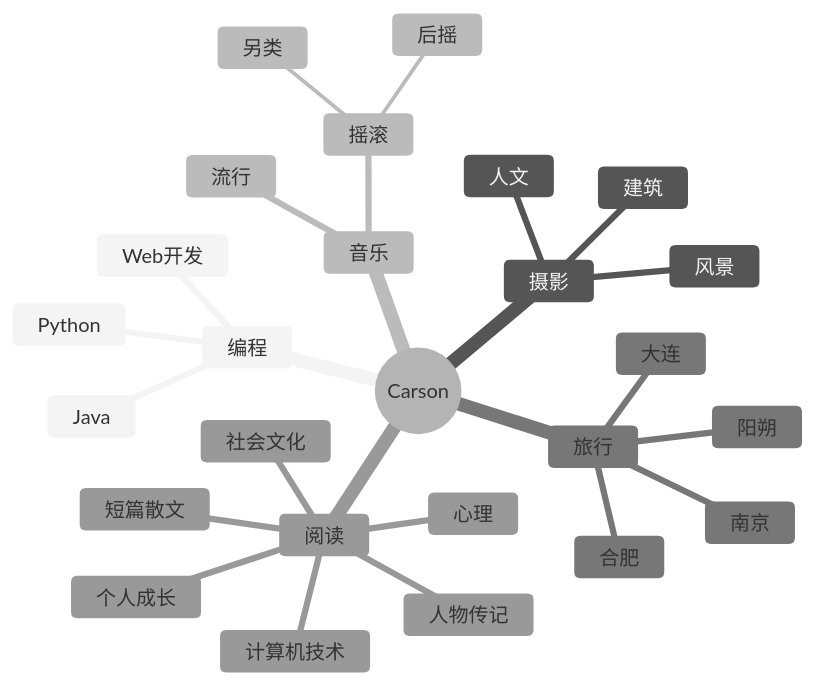
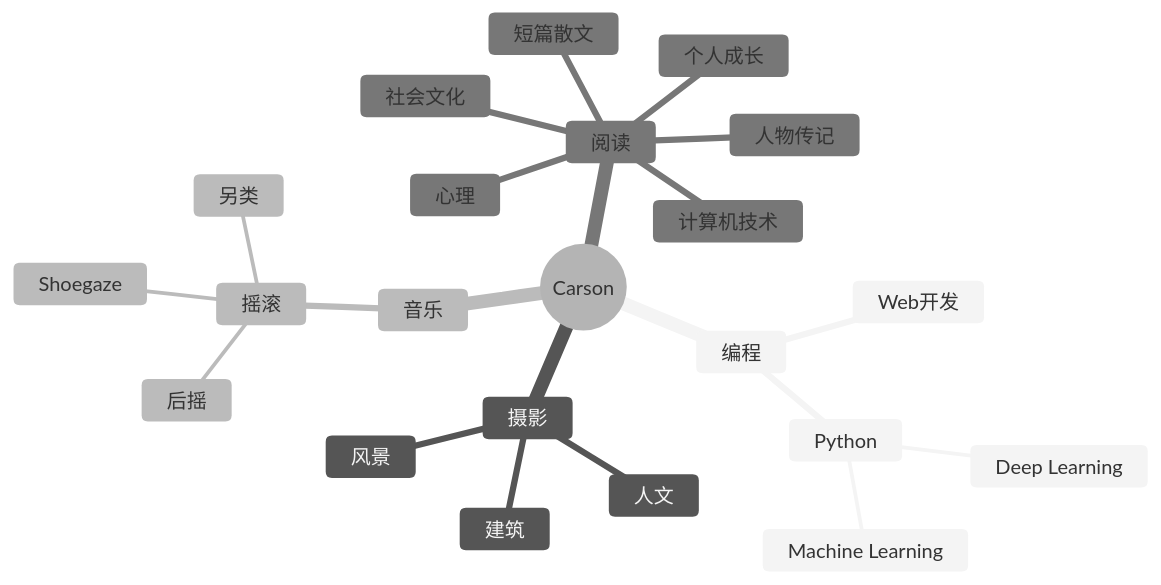
The diagram in README.md (CarsonLLuo/CarsonLLuo), drawn with Mermaid (neutral theme) before and after one commit.

````diff
--- a/README.md
+++ b/README.md
@@ -69,29 +69,25 @@
 ```mermaid
 mindmap
   root((Carson))
     编程
       Web开发
-      Java
       Python
+        Deep Learning
+        Machine Learning
     摄影
       人文
       建筑
       风景
     音乐
       摇滚
         后摇
         另类
-      流行
-    旅行
-      大连
-      南京
-      合肥
-      阳朔
+        Shoegaze
     阅读
       短篇散文
       人物传记
       个人成长
       社会文化
       心理
       计算机技术
 ```
````
